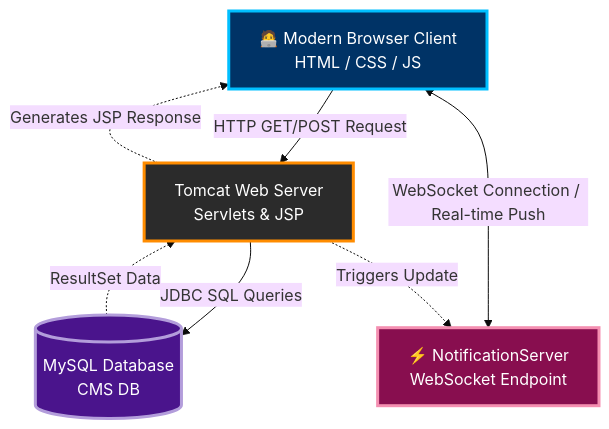
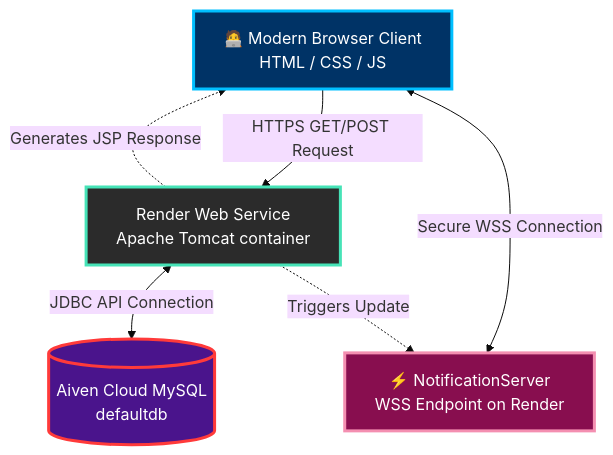
Before and after one commit to Ridham2808/CMS-Portal: the diagram in README.md, drawn with Mermaid (base theme). The commit also changed other lines of this file, not shown here.

Commit message:
docs: update README with live deployment link, Docker structure, and Aiven Cloud DB details

````diff
--- a/README.md
+++ b/README.md
@@ -38,23 +44,22 @@
 ```mermaid
 graph TD
     %% Define Styles
     classDef client fill:#003366,stroke:#00BFFF,stroke-width:3px,color:#fff;
-    classDef server fill:#2b2b2b,stroke:#FF8C00,stroke-width:3px,color:#fff;
-    classDef db fill:#4A148C,stroke:#B39DDB,stroke-width:3px,color:#fff;
+    classDef cloud fill:#2b2b2b,stroke:#46E3B7,stroke-width:3px,color:#fff;
+    classDef db fill:#4A148C,stroke:#FF3A3A,stroke-width:3px,color:#fff;
     classDef realTime fill:#880E4F,stroke:#F48FB1,stroke-width:3px,color:#fff;
 
     %% Nodes
     A[🧑‍💻 Modern Browser Client<br>HTML / CSS / JS]:::client
-    B[Tomcat Web Server<br>Servlets & JSP]:::server
-    C[(MySQL Database<br>CMS DB)]:::db
-    D[⚡ NotificationServer<br>WebSocket Endpoint]:::realTime
+    B[Render Web Service<br>Apache Tomcat container]:::cloud
+    C[(Aiven Cloud MySQL<br>defaultdb)]:::db
+    D[⚡ NotificationServer<br>WSS Endpoint on Render]:::realTime
 
     %% Relationships
-    A -->|HTTP GET/POST Request| B
-    B -->|JDBC SQL Queries| C
-    C -.->|ResultSet Data| B
+    A -->|HTTPS GET/POST Request| B
+    B <-->|JDBC API Connection| C
     B -.->|Generates JSP Response| A
     
-    A <-->|WebSocket Connection / Real-time Push| D
+    A <-->|Secure WSS Connection| D
     B -.->|Triggers Update| D
 ```
````
